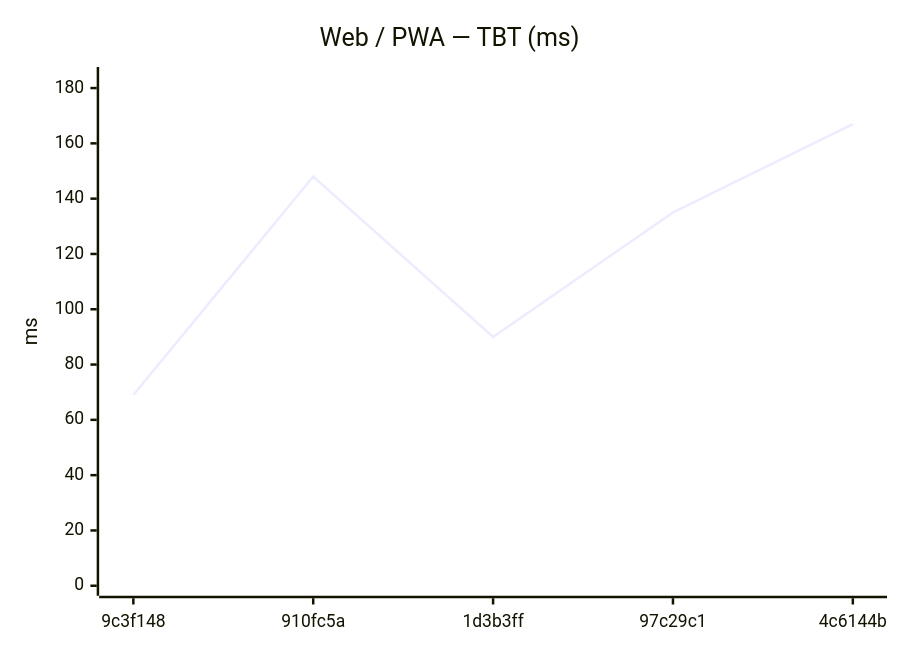
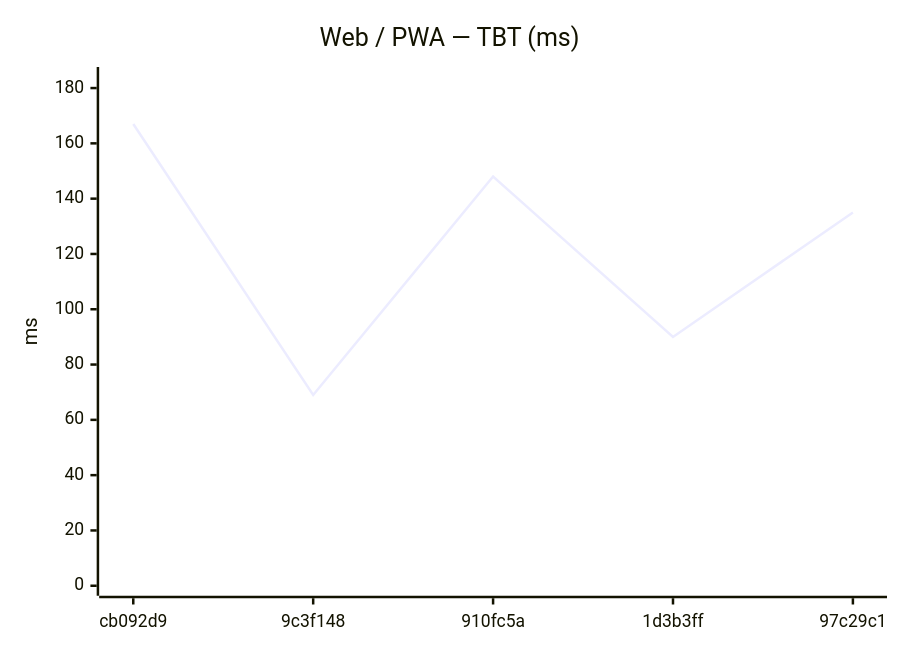
The eighth of 18 diagrams in benchmarks/compare.md (Metaheurist/Rianell), drawn with Mermaid before and after one commit. The commit also changed other lines of this file and 11 other files, not shown here.

````diff
--- a/benchmarks/compare.md
+++ b/benchmarks/compare.md
@@ -124,7 +124,7 @@
 ```mermaid
 xychart-beta
     title "Web / PWA — TBT (ms)"
-    x-axis ["9c3f148", "910fc5a", "1d3b3ff", "97c29c1", "4c6144b"]
+    x-axis ["cb092d9", "9c3f148", "910fc5a", "1d3b3ff", "97c29c1"]
     y-axis "ms" 0 --> 184
-    line [69, 148, 90, 135, 167]
+    line [167, 69, 148, 90, 135]
 ```
````
